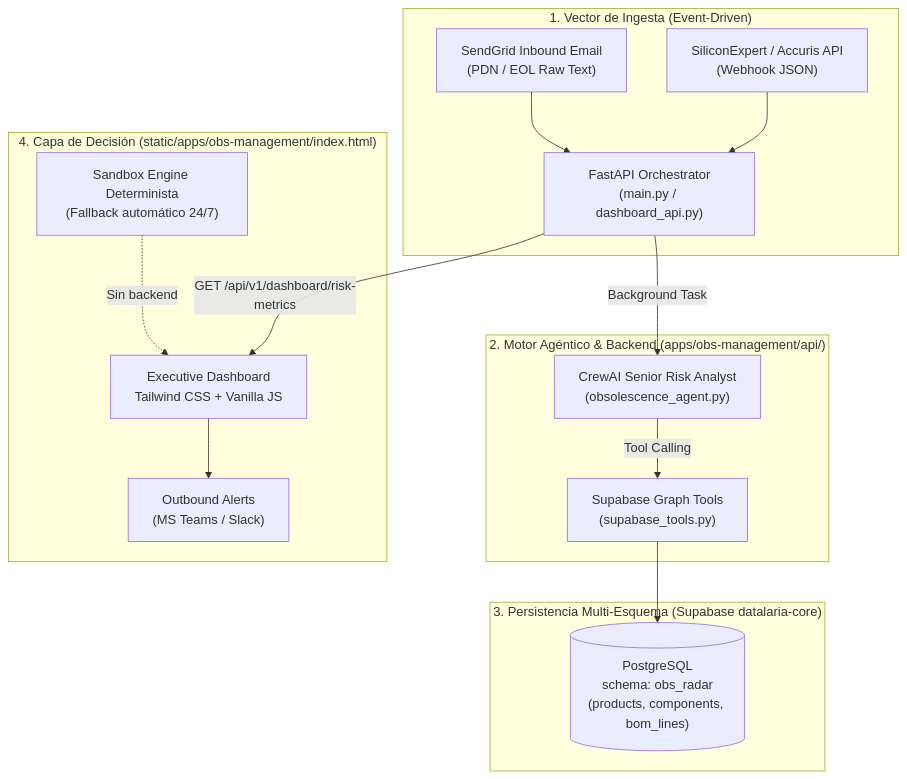
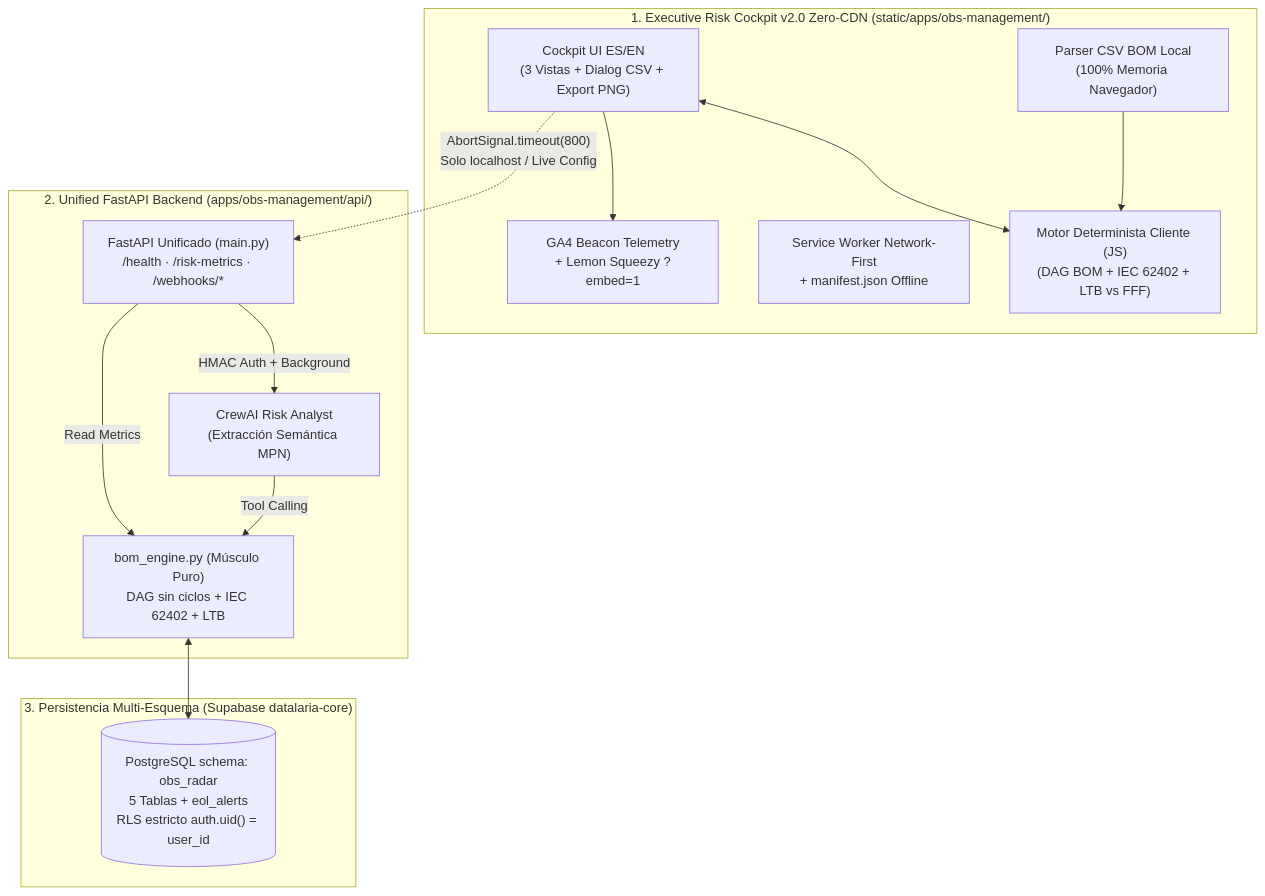
The diagram in specs/apps/obs-management/spec.md (Dalaez/datalaria-website), drawn with Mermaid before and after one commit. The commit also changed other lines of this file and 73 other files, not shown here.

Commit message:
feat(obs-management): release Agentic Radar v2.0.0 Zero-CDN, BOM/LTB engine, PWA & embargoed pack-obs (OBS-1..6)

````diff
--- a/specs/apps/obs-management/spec.md
+++ b/specs/apps/obs-management/spec.md
@@ -54,24 +72,28 @@
 ```mermaid
 flowchart TD
-    subgraph INGEST["1. Vector de Ingesta (Event-Driven)"]
-        W1["SiliconExpert / Accuris API\n(Webhook JSON)"] --> API
-        W2["SendGrid Inbound Email\n(PDN / EOL Raw Text)"] --> API
+    subgraph CLIENT["1. Executive Risk Cockpit v2.0 Zero-CDN (static/apps/obs-management/)"]
+        UI["Cockpit UI ES/EN\n(3 Vistas + Dialog CSV + Export PNG)"]
+        ENG_JS["Motor Determinista Cliente (JS)\n(DAG BOM + IEC 62402 + LTB vs FFF)"]
+        CSV["Parser CSV BOM Local\n(100% Memoria Navegador)"]
+        PWA["Service Worker Network-First\n+ manifest.json Offline"]
+        UI <--> ENG_JS
+        CSV --> ENG_JS
+        UI --> GA4["GA4 Beacon Telemetry\n+ Lemon Squeezy ?embed=1"]
     end
 
-    subgraph ENGINE["2. Motor Agéntico & Backend (apps/obs-management/api/)"]
-        API["FastAPI Orchestrator\n(main.py / dashboard_api.py)"]
-        API -->|"Background Task"| AGENT["CrewAI Senior Risk Analyst\n(obsolescence_agent.py)"]
-        AGENT -->|"Tool Calling"| TOOLS["Supabase Graph Tools\n(supabase_tools.py)"]
+    subgraph API_LAYER["2. Unified FastAPI Backend (apps/obs-management/api/)"]
+        API["FastAPI Unificado (main.py)\n/health · /risk-metrics · /webhooks/*"]
+        ENG_PY["bom_engine.py (Músculo Puro)\nDAG sin ciclos + IEC 62402 + LTB"]
+        AGENT["CrewAI Risk Analyst\n(Extracción Semántica MPN)"]
+        API -->|"HMAC Auth + Background"| AGENT
+        AGENT -->|"Tool Calling"| ENG_PY
+        API -->|"Read Metrics"| ENG_PY
     end
 
     subgraph DATA["3. Persistencia Multi-Esquema (Supabase datalaria-core)"]
-        TOOLS --> DB[("PostgreSQL\nschema: obs_radar\n(products, components, bom_lines)")]
+        DB[("PostgreSQL schema: obs_radar\n5 Tablas + eol_alerts\nRLS estricto auth.uid() = user_id")]
+        ENG_PY <--> DB
     end
 
-    subgraph PRESENTATION["4. Capa de Decisión (static/apps/obs-management/index.html)"]
-        DASH["Executive Dashboard\nTailwind CSS + Vanilla JS"]
-        API -->|"GET /api/v1/dashboard/risk-metrics"| DASH
-        SANDBOX["Sandbox Engine Determinista\n(Fallback automático 24/7)"] -.->|"Sin backend"| DASH
-        DASH --> NOTIFY["Outbound Alerts\n(MS Teams / Slack)"]
-    end
+    UI -.->|"AbortSignal.timeout(800)\nSolo localhost / Live Config"| API
 ```
````
